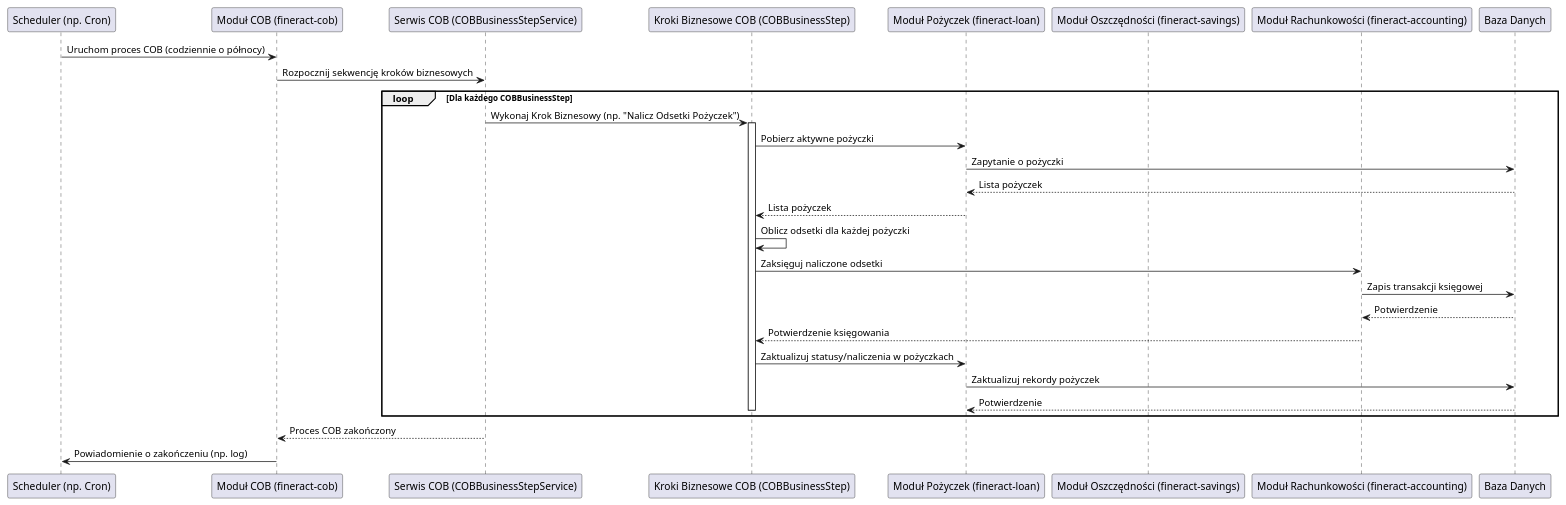
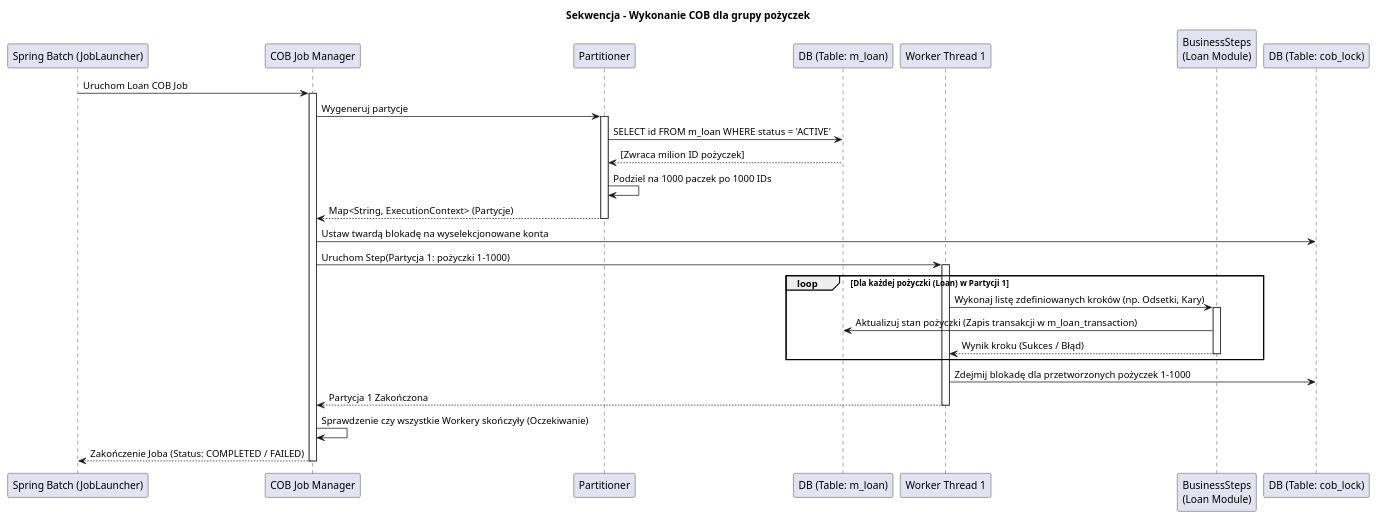
Before and after one commit to mrkwjck/fineract: the second of 2 diagrams in docs/fineract-cob.md, drawn with PlantUML. The commit also changed other lines of this file and 36 other files, not shown here.

````diff
--- a/docs/fineract-cob.md
+++ b/docs/fineract-cob.md
@@ -33,34 +52,43 @@
 ```plantuml
 @startuml
-participant "Scheduler (np. Cron)" as Scheduler
-participant "Moduł COB (fineract-cob)" as COBModule
-participant "Serwis COB (COBBusinessStepService)" as COBService
-participant "Kroki Biznesowe COB (COBBusinessStep)" as BusinessSteps
-participant "Moduł Pożyczek (fineract-loan)" as LoanModule
-participant "Moduł Oszczędności (fineract-savings)" as SavingsModule
-participant "Moduł Rachunkowości (fineract-accounting)" as AccountingModule
-participant "Baza Danych" as Database
+title Sekwencja - Wykonanie COB dla grupy pożyczek
 
-Scheduler -> COBModule: Uruchom proces COB (codziennie o północy)
-COBModule -> COBService: Rozpocznij sekwencję kroków biznesowych
-loop Dla każdego COBBusinessStep
-    COBService -> BusinessSteps: Wykonaj Krok Biznesowy (np. "Nalicz Odsetki Pożyczek")
-    activate BusinessSteps
-    BusinessSteps -> LoanModule: Pobierz aktywne pożyczki
-    LoanModule -> Database: Zapytanie o pożyczki
-    Database --> LoanModule: Lista pożyczek
-    LoanModule --> BusinessSteps: Lista pożyczek
-    BusinessSteps -> BusinessSteps: Oblicz odsetki dla każdej pożyczki
-    BusinessSteps -> AccountingModule: Zaksięguj naliczone odsetki
-    AccountingModule -> Database: Zapis transakcji księgowej
-    Database --> AccountingModule: Potwierdzenie
-    AccountingModule --> BusinessSteps: Potwierdzenie księgowania
-    BusinessSteps -> LoanModule: Zaktualizuj statusy/naliczenia w pożyczkach
-    LoanModule -> Database: Zaktualizuj rekordy pożyczek
-    Database --> LoanModule: Potwierdzenie
-    deactivate BusinessSteps
+participant "Spring Batch (JobLauncher)" as launcher
+participant "COB Job Manager" as job
+participant "Partitioner" as partitioner
+participant "DB (Table: m_loan)" as m_loan
+participant "Worker Thread 1" as w1
+participant "BusinessSteps\n(Loan Module)" as steps
+participant "DB (Table: cob_lock)" as db_lock
+
+launcher -> job: Uruchom Loan COB Job
+activate job
+job -> partitioner: Wygeneruj partycje
+activate partitioner
+partitioner -> m_loan: SELECT id FROM m_loan WHERE status = 'ACTIVE'
+m_loan --> partitioner: [Zwraca milion ID pożyczek]
+partitioner -> partitioner: Podziel na 1000 paczek po 1000 IDs
+partitioner --> job: Map<String, ExecutionContext> (Partycje)
+deactivate partitioner
+
+job -> db_lock: Ustaw twardą blokadę na wyselekcjonowane konta
+job -> w1: Uruchom Step(Partycja 1: pożyczki 1-1000)
+activate w1
+
+loop Dla każdej pożyczki (Loan) w Partycji 1
+    w1 -> steps: Wykonaj listę zdefiniowanych kroków (np. Odsetki, Kary)
+    activate steps
+    steps -> m_loan: Aktualizuj stan pożyczki (Zapis transakcji w m_loan_transaction)
+    steps --> w1: Wynik kroku (Sukces / Błąd)
+    deactivate steps
 end
-COBService --> COBModule: Proces COB zakończony
-COBModule -> Scheduler: Powiadomienie o zakończeniu (np. log)
+
+w1 -> db_lock: Zdejmij blokadę dla przetworzonych pożyczek 1-1000
+w1 --> job: Partycja 1 Zakończona
+deactivate w1
+
+job -> job: Sprawdzenie czy wszystkie Workery skończyły (Oczekiwanie)
+job --> launcher: Zakończenie Joba (Status: COMPLETED / FAILED)
+deactivate job
 @enduml
 ```
````
